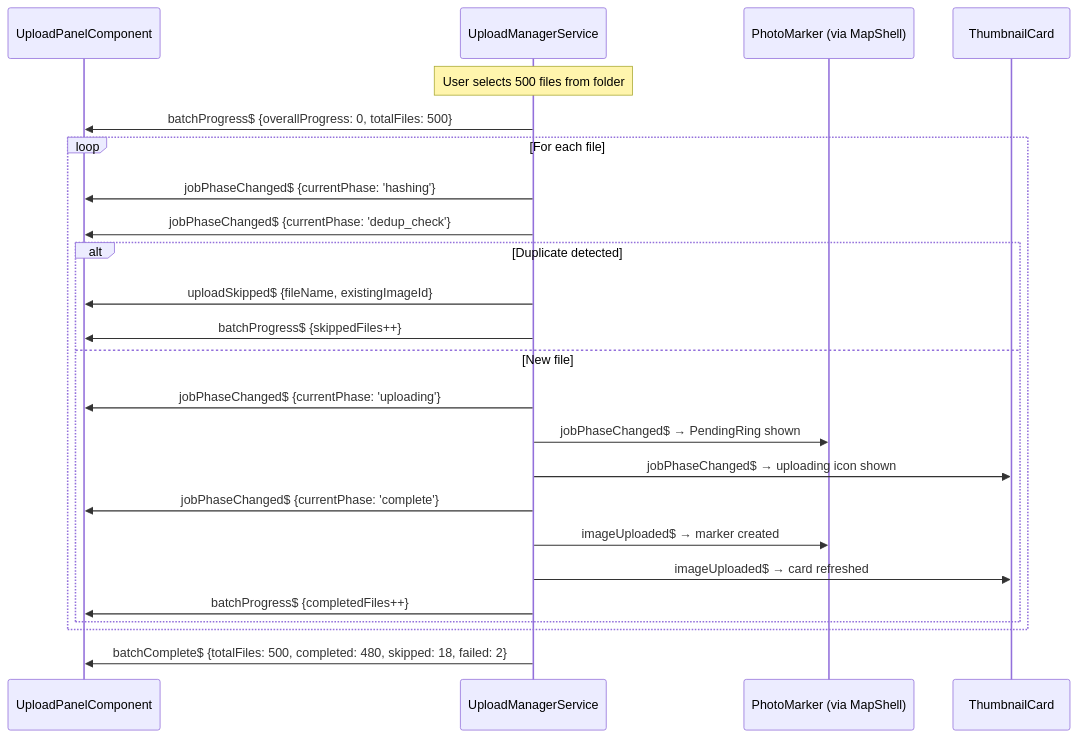
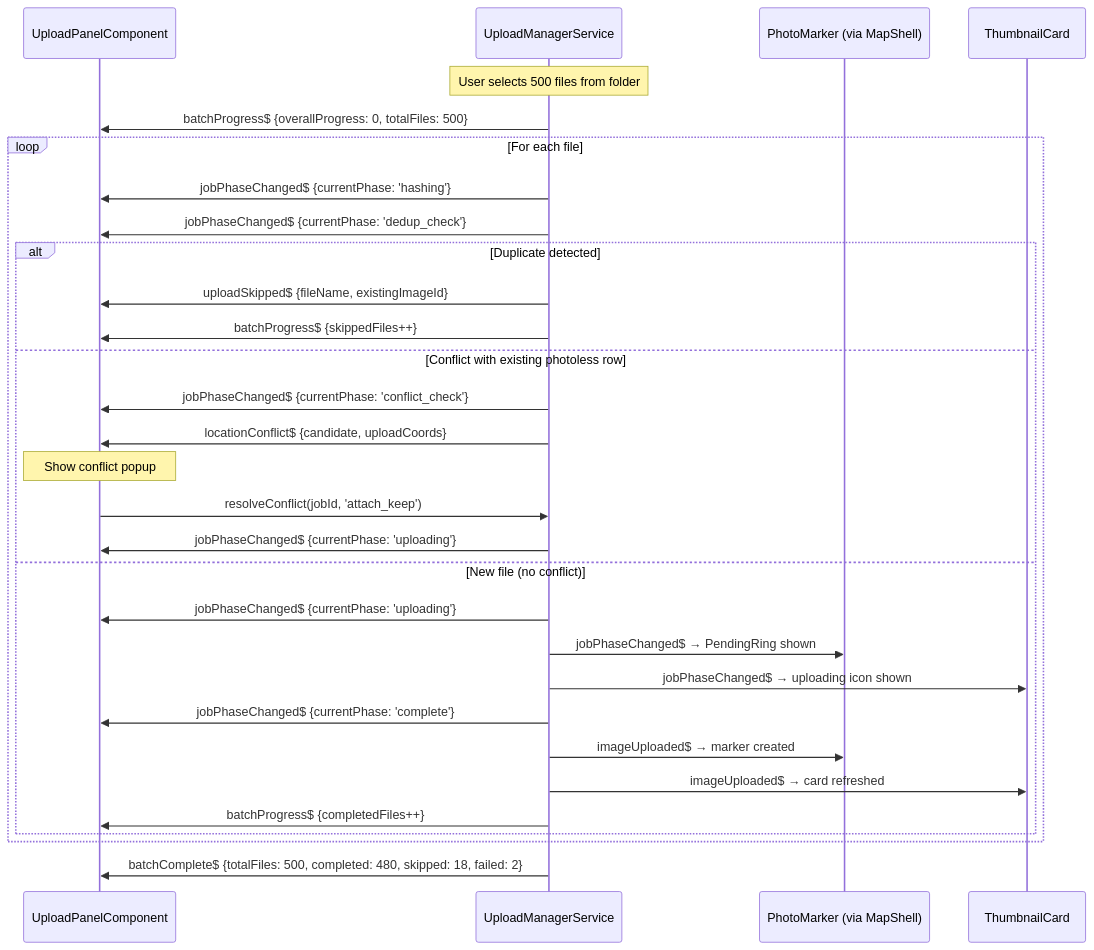
The fifth of 10 diagrams in docs/element-specs/upload-manager.md (matkleve/sitesnap), drawn with Mermaid before and after one commit. The commit also changed other lines of this file and 4 other files, not shown here.

Commit message:
feat(upload): implement location conflict resolution for uploads and enhance Replace Photo functionality

````diff
--- a/docs/element-specs/upload-manager.md
+++ b/docs/element-specs/upload-manager.md
@@ -460,31 +559,37 @@
 ```mermaid
 sequenceDiagram
   participant Panel as UploadPanelComponent
   participant Manager as UploadManagerService
   participant Marker as PhotoMarker (via MapShell)
   participant Card as ThumbnailCard
 
   Note over Manager: User selects 500 files from folder
 
   Manager->>Panel: batchProgress$ {overallProgress: 0, totalFiles: 500}
 
   loop For each file
     Manager->>Panel: jobPhaseChanged$ {currentPhase: 'hashing'}
     Manager->>Panel: jobPhaseChanged$ {currentPhase: 'dedup_check'}
 
     alt Duplicate detected
       Manager->>Panel: uploadSkipped$ {fileName, existingImageId}
       Manager->>Panel: batchProgress$ {skippedFiles++}
-    else New file
+    else Conflict with existing photoless row
+      Manager->>Panel: jobPhaseChanged$ {currentPhase: 'conflict_check'}
+      Manager->>Panel: locationConflict$ {candidate, uploadCoords}
+      Note over Panel: Show conflict popup
+      Panel->>Manager: resolveConflict(jobId, 'attach_keep')
+      Manager->>Panel: jobPhaseChanged$ {currentPhase: 'uploading'}
+    else New file (no conflict)
       Manager->>Panel: jobPhaseChanged$ {currentPhase: 'uploading'}
       Manager->>Marker: jobPhaseChanged$ → PendingRing shown
       Manager->>Card: jobPhaseChanged$ → uploading icon shown
       Manager->>Panel: jobPhaseChanged$ {currentPhase: 'complete'}
       Manager->>Marker: imageUploaded$ → marker created
       Manager->>Card: imageUploaded$ → card refreshed
       Manager->>Panel: batchProgress$ {completedFiles++}
     end
   end
 
   Manager->>Panel: batchComplete$ {totalFiles: 500, completed: 480, skipped: 18, failed: 2}
 ```
````
